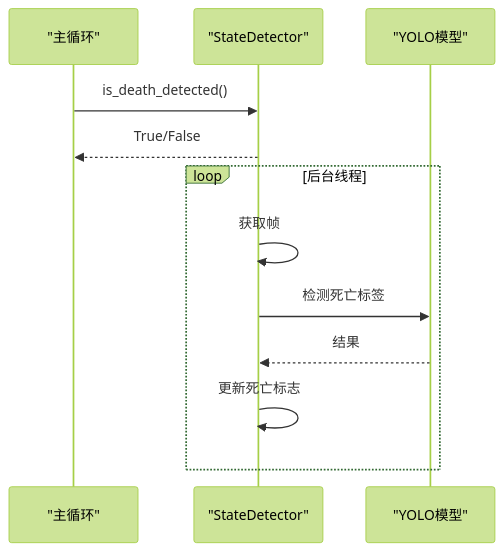
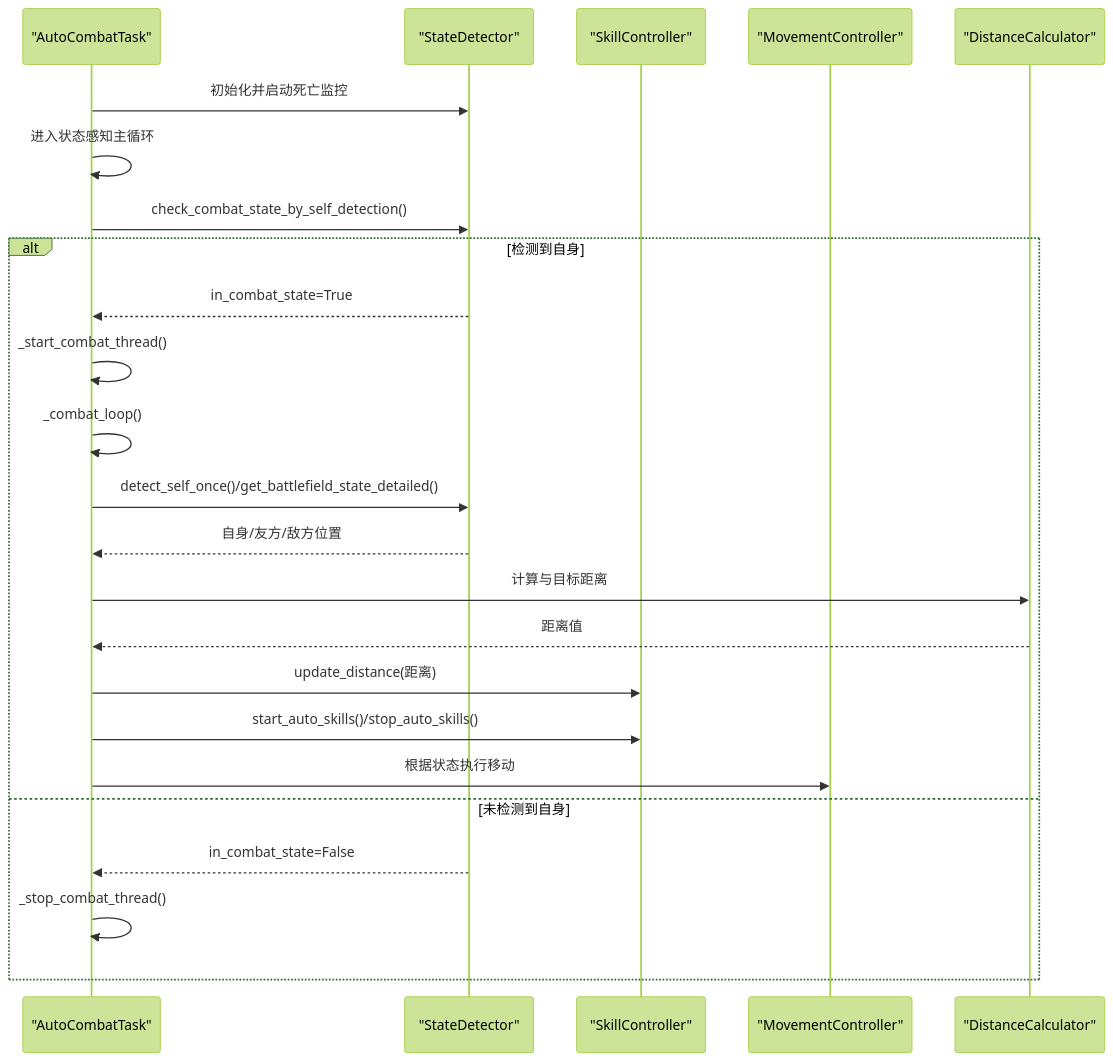
One commit to xsy098-max/ok-jump changed the second of 8 diagrams in .qoder/repowiki/zh/content/任务系统/自动战斗任务.md. Above: the diagram before and after it, drawn with Mermaid (forest theme). The commit also changed other lines of this file and 216 other files, not shown here.

````diff
--- a/.qoder/repowiki/zh/content/任务系统/自动战斗任务.md
+++ b/.qoder/repowiki/zh/content/任务系统/自动战斗任务.md
@@ -220,14 +118,26 @@
 ```mermaid
 sequenceDiagram
-participant Main as "主循环"
+participant Task as "AutoCombatTask"
 participant SD as "StateDetector"
-participant YOLO as "YOLO模型"
-Main->>SD : is_death_detected()
-SD-->>Main : True/False
-loop 后台线程
-SD->>SD : 获取帧
-SD->>YOLO : 检测死亡标签
-YOLO-->>SD : 结果
-SD->>SD : 更新死亡标志
+participant SC as "SkillController"
+participant MC as "MovementController"
+participant DC as "DistanceCalculator"
+Task->>SD : 初始化并启动死亡监控
+Task->>Task : 进入状态感知主循环
+Task->>SD : check_combat_state_by_self_detection()
+alt 检测到自身
+SD-->>Task : in_combat_state=True
+Task->>Task : _start_combat_thread()
+Task->>Task : _combat_loop()
+Task->>SD : detect_self_once()/get_battlefield_state_detailed()
+SD-->>Task : 自身/友方/敌方位置
+Task->>DC : 计算与目标距离
+DC-->>Task : 距离值
+Task->>SC : update_distance(距离)
+Task->>SC : start_auto_skills()/stop_auto_skills()
+Task->>MC : 根据状态执行移动
+else 未检测到自身
+SD-->>Task : in_combat_state=False
+Task->>Task : _stop_combat_thread()
 end
 ```
````
